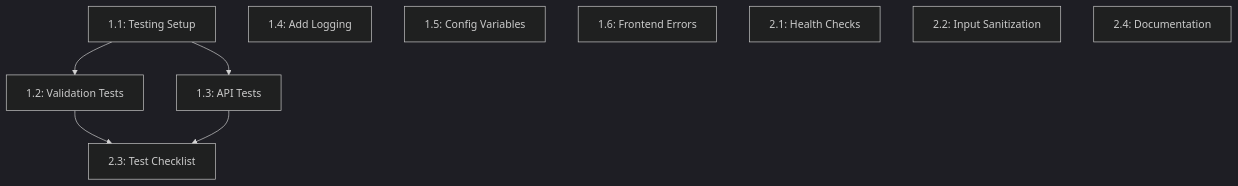
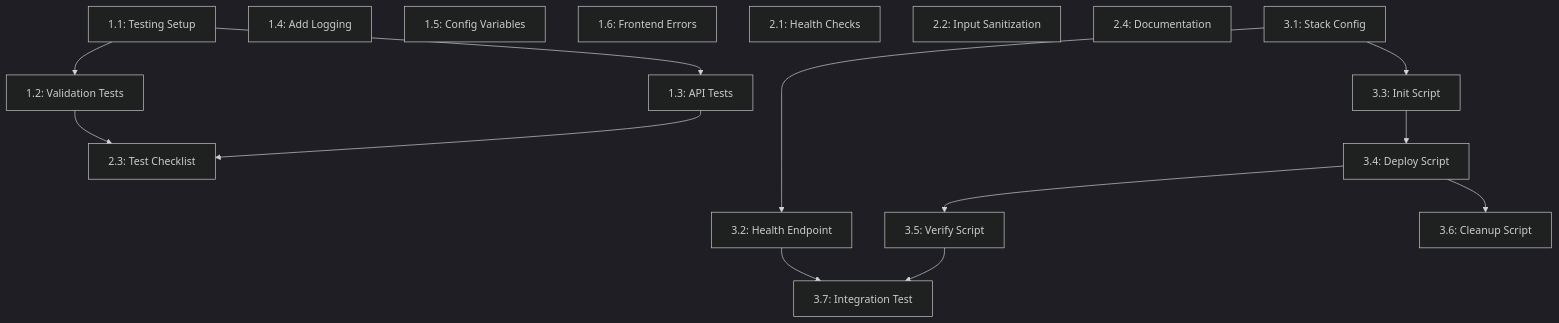
One commit to TY1Fan/Name-Manager changed the first of 2 diagrams in spec/40-tasks.md. Above: the diagram before and after it, drawn with Mermaid (dark theme). The commit also changed other lines of this file and 3 other files, not shown here.

````diff
--- a/spec/40-tasks.md
+++ b/spec/40-tasks.md
@@ -298,16 +298,24 @@
 ```mermaid
 graph TD
     A[1.1: Testing Setup] --> B[1.2: Validation Tests]
     A --> C[1.3: API Tests]
     D[1.4: Add Logging] 
     E[1.5: Config Variables]
     F[1.6: Frontend Errors]
     
     G[2.1: Health Checks]
     H[2.2: Input Sanitization]
     I[2.3: Test Checklist] 
     J[2.4: Documentation]
     
+    K[3.1: Stack Config] --> L[3.2: Health Endpoint]
+    K --> M[3.3: Init Script]
+    M --> N[3.4: Deploy Script]
+    N --> O[3.5: Verify Script]
+    N --> P[3.6: Cleanup Script]
+    L --> Q[3.7: Integration Test]
+    O --> Q
+    
     B --> I
     C --> I
 ```
````
